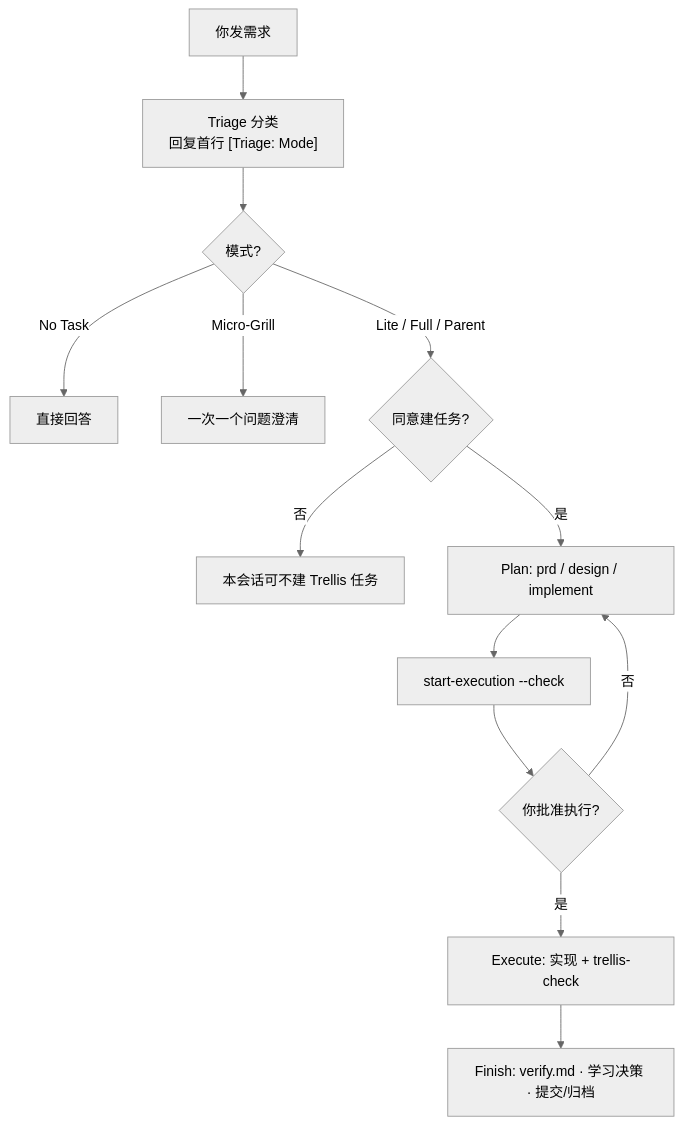
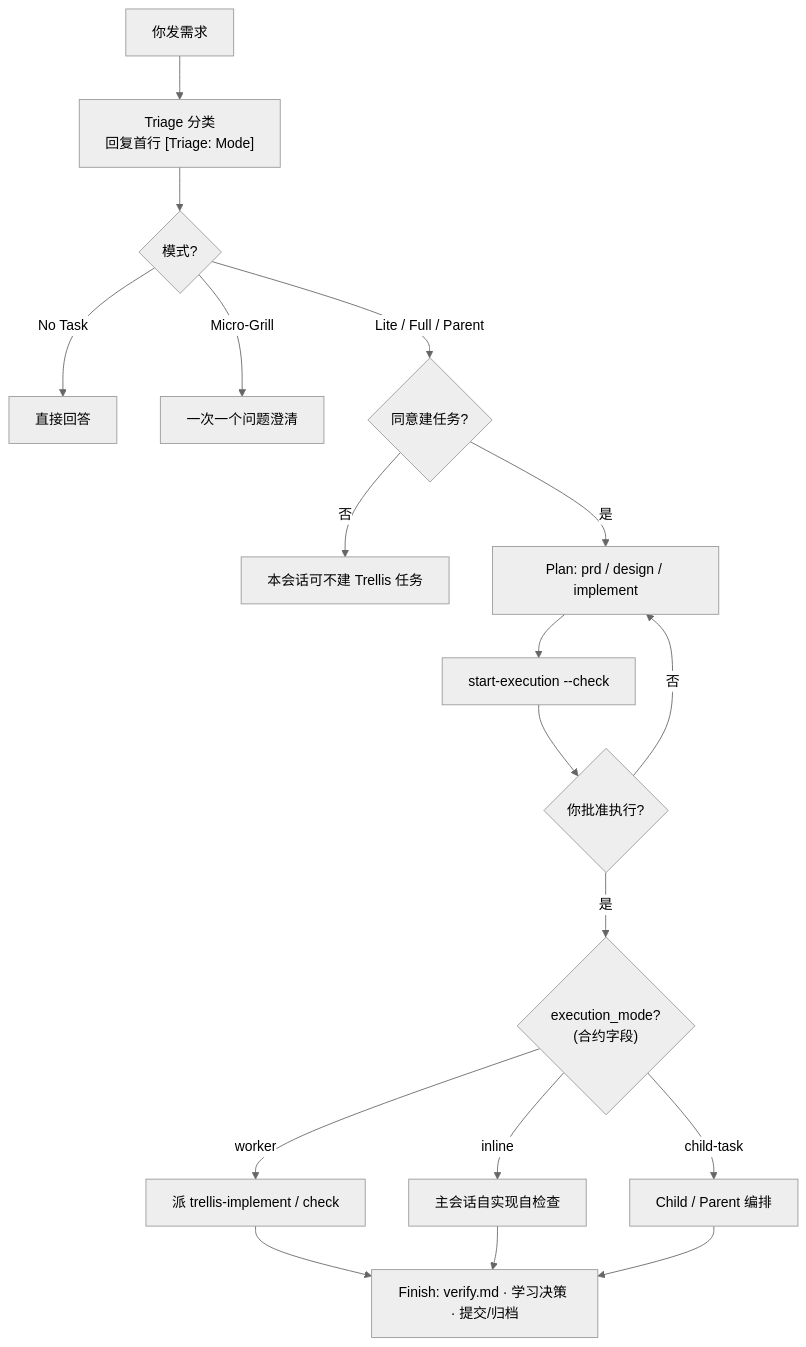
The second of 5 diagrams in docs/community/linux-do-release.md (blxzer77/cursor-trellis), drawn with Mermaid (neutral theme) before and after one commit. The commit also changed other lines of this file and 6 other files, not shown here.

````diff
--- a/docs/community/linux-do-release.md
+++ b/docs/community/linux-do-release.md
@@ -80,15 +80,20 @@
 ```mermaid
 flowchart TD
   start[你发需求] --> triage["Triage 分类<br/>回复首行 [Triage: Mode]"]
   triage --> nt{模式?}
   nt -->|No Task| ans[直接回答]
   nt -->|Micro-Grill| mg[一次一个问题澄清]
   nt -->|Lite / Full / Parent| consent{同意建任务?}
   consent -->|否| skip[本会话可不建 Trellis 任务]
   consent -->|是| plan[Plan: prd / design / implement]
   plan --> gate["start-execution --check"]
   gate --> ok{你批准执行?}
   ok -->|否| plan
-  ok -->|是| exec[Execute: 实现 + trellis-check]
+  ok -->|是| mode{"execution_mode?<br/>(合约字段)"}
+  mode -->|worker| exec["派 trellis-implement / check"]
+  mode -->|inline| inline["主会话自实现自检查"]
+  mode -->|child-task| child["Child / Parent 编排"]
   exec --> fin[Finish: verify.md · 学习决策 · 提交/归档]
+  inline --> fin
+  child --> fin
 ```
````
